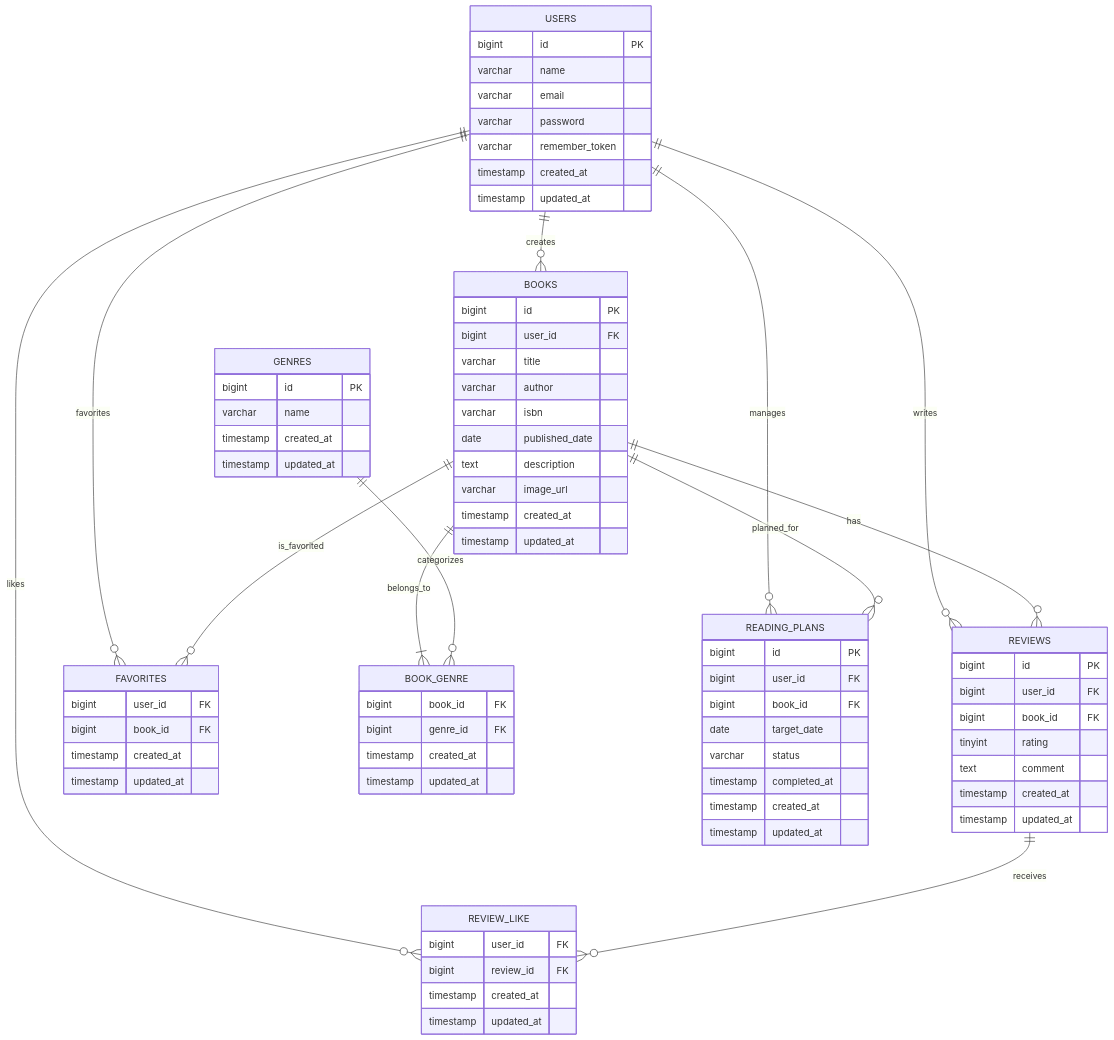
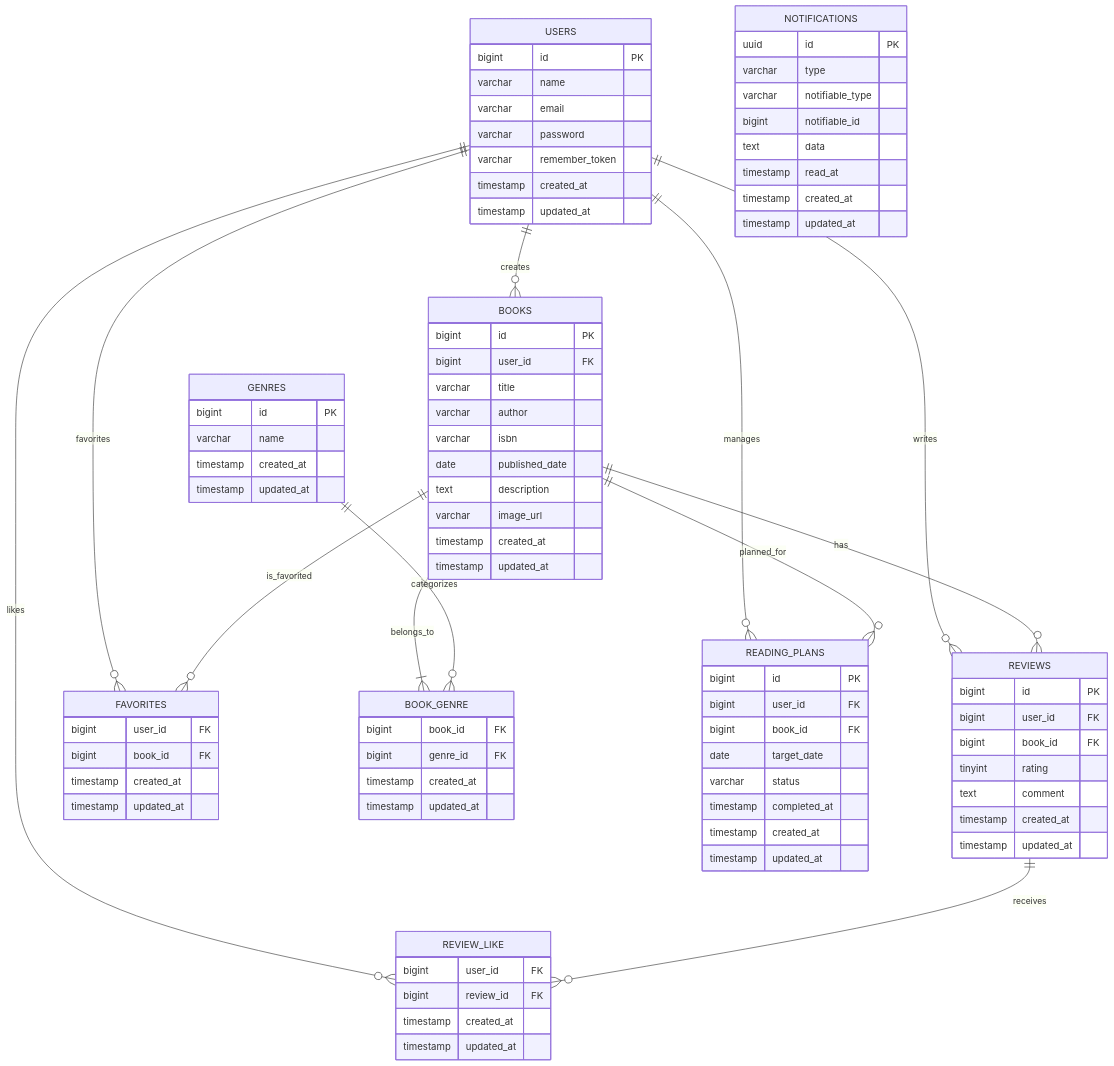
Before and after one commit to ami-takaoka/bookshelf-app: the diagram in docs/er-diagram advanced.md, drawn with Mermaid. The commit also changed 3 other files, not shown here.

Commit message:
docs: update ER diagrams

```diff
--- a/docs/er-diagram advanced.md
+++ b/docs/er-diagram advanced.md
@@ -75,6 +75,16 @@
         timestamp updated_at
     }
 
+    NOTIFICATIONS {
+        uuid id PK
+        varchar type
+        varchar notifiable_type
+        bigint notifiable_id
+        text data
+        timestamp read_at
+        timestamp created_at
+        timestamp updated_at
+    }
 
     USERS ||--o{ BOOKS : creates
     USERS ||--o{ REVIEWS : writes
```
